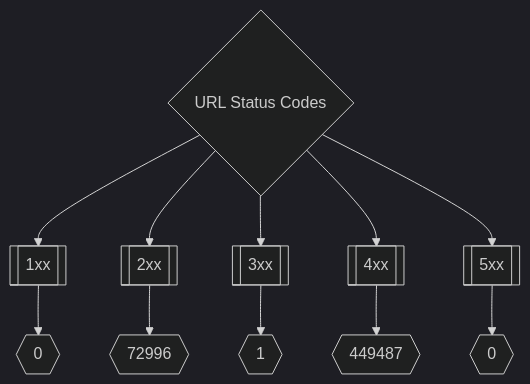
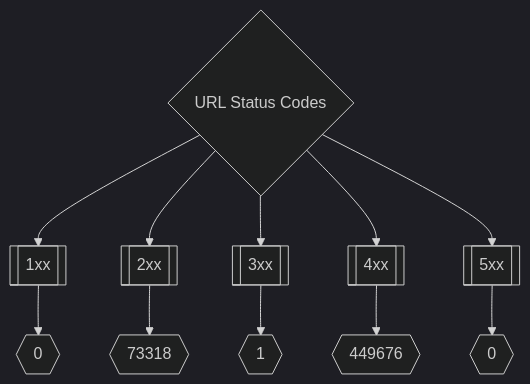
Before and after one commit to trickest/inventory: the second of 3 diagrams in README.md, drawn with Mermaid (dark theme). The commit also changed other lines of this file, not shown here.

Commit message:
Update Tue May  3 02:56:44 UTC 2022

````diff
--- a/README.md
+++ b/README.md
@@ -173,8 +173,8 @@
 ```mermaid
 graph TD
 title{URL Status Codes} --> 1xx[[1xx]] --> status1xxNum{{0}}
-title --> 2xx[[2xx]] --> status2xxNum{{72996}}
+title --> 2xx[[2xx]] --> status2xxNum{{73318}}
 title --> 3xx[[3xx]] --> status3xxNum{{1}}
-title --> 4xx[[4xx]] --> status4xxNum{{449487}}
+title --> 4xx[[4xx]] --> status4xxNum{{449676}}
 title --> 5xx[[5xx]] --> status5xxNum{{0}}
 ```
````
